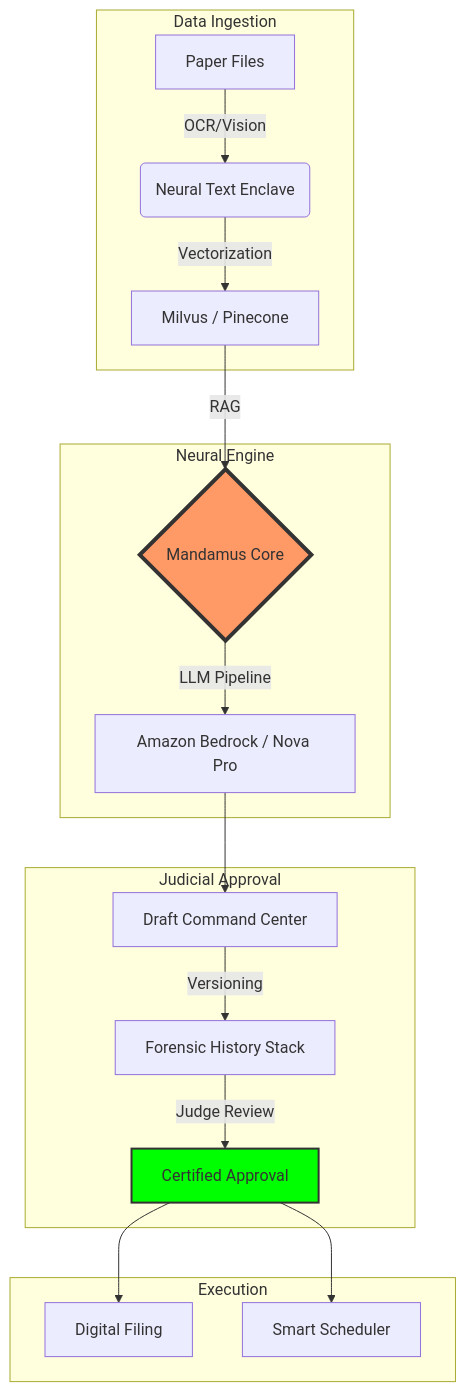
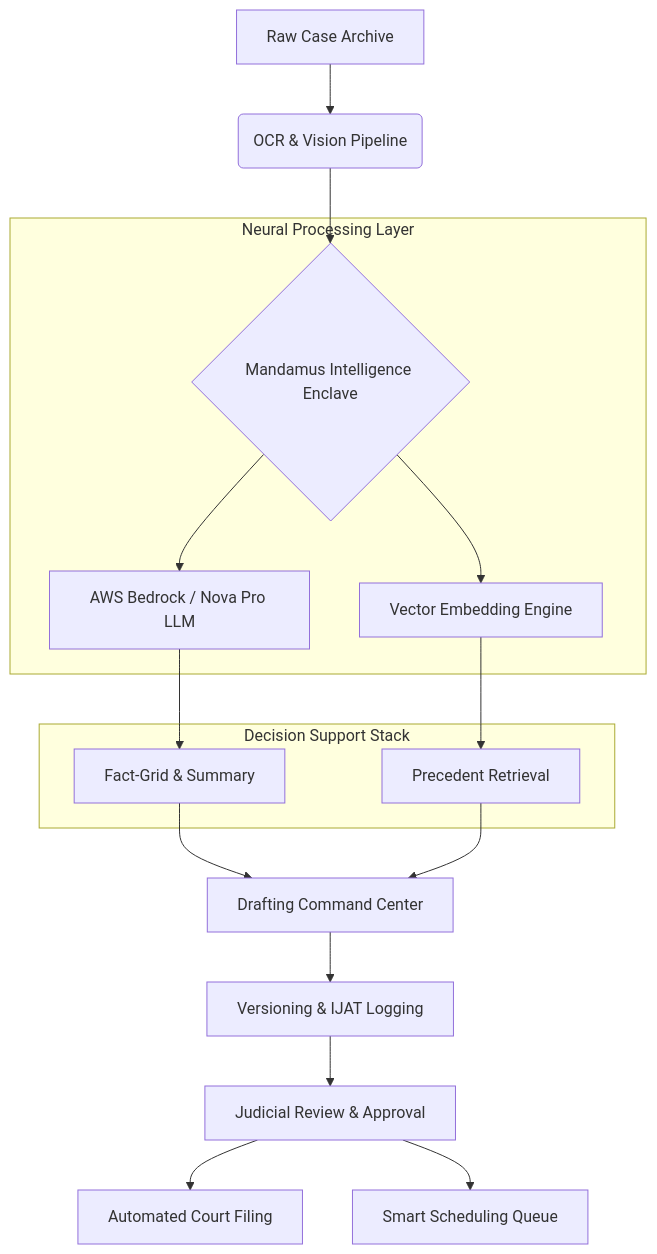
One commit to KISHORE0709-LEO/Mandamus changed the diagram in README.md. Above: the diagram before and after it, drawn with Mermaid. The commit also changed other lines of this file, not shown here.

````diff
--- a/README.md
+++ b/README.md
@@ -63,26 +72,22 @@
 ```mermaid
 graph TD
-    subgraph "Data Ingestion"
-        A[Paper Files] -->|OCR/Vision| B(Neural Text Enclave)
-        B -->|Vectorization| C[Milvus / Pinecone]
+    A[Raw Case Archive] --> B(OCR & Vision Pipeline)
+    B --> C{Mandamus Intelligence Enclave}
+    
+    subgraph "Neural Processing Layer"
+        C --> D[AWS Bedrock / Nova Pro LLM]
+        C --> E[Vector Embedding Engine]
     end
 
-    subgraph "Neural Engine"
-        C -->|RAG| D{Mandamus Core}
-        D -->|LLM Pipeline| E[Amazon Bedrock / Nova Pro]
+    subgraph "Decision Support Stack"
+        D --> F[Fact-Grid & Summary]
+        E --> G[Precedent Retrieval]
     end
 
-    subgraph "Judicial Approval"
-        E --> F[Draft Command Center]
-        F -->|Versioning| G[Forensic History Stack]
-        G -->|Judge Review| H[Certified Approval]
-    end
-
-    subgraph "Execution"
-        H --> I[Digital Filing]
-        H --> J[Smart Scheduler]
-    end
-
-    style D fill:#f96,stroke:#333,stroke-width:4px
-    style H fill:#00ff00,stroke:#333,stroke-width:2px
+    F & G --> H[Drafting Command Center]
+    H --> I[Versioning & IJAT Logging]
+    I --> J[Judicial Review & Approval]
+    
+    J --> K[Automated Court Filing]
+    J --> L[Smart Scheduling Queue]
 ```
````
